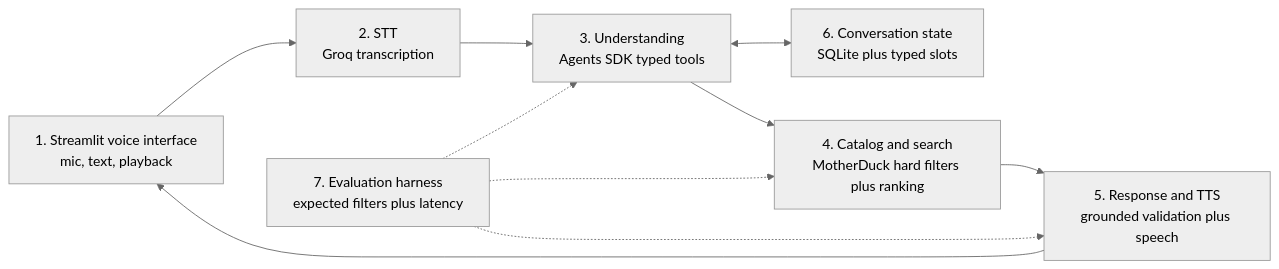
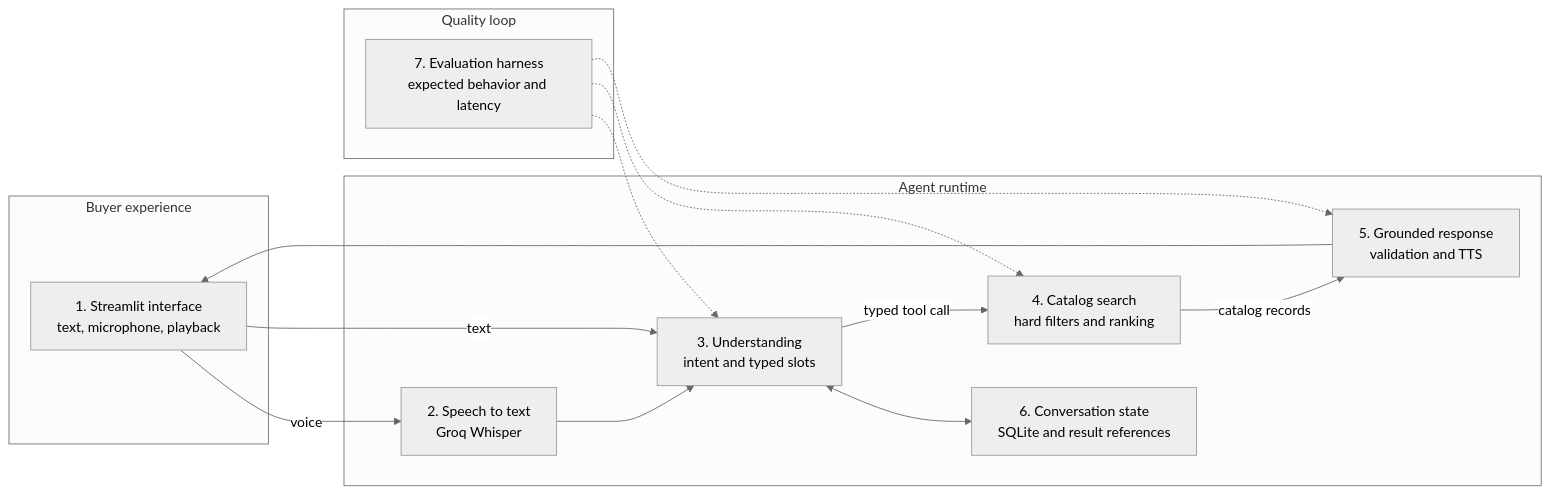
Before and after one commit to KayvanShah1/conversational-commercial-vehicle-search: the first of 2 diagrams in README.md, drawn with Mermaid (neutral theme). The commit also changed other lines of this file and 7 other files, not shown here.

````diff
--- a/README.md
+++ b/README.md
@@ -75,12 +76,27 @@
 ```mermaid
 flowchart LR
-    UI["1. Streamlit voice interface\nmic, text, playback"] --> STT["2. STT\nGroq transcription"]
-    STT --> UNDERSTAND["3. Understanding\nAgents SDK typed tools"]
-    UNDERSTAND <--> STATE["6. Conversation state\nSQLite plus typed slots"]
-    UNDERSTAND --> SEARCH["4. Catalog and search\nMotherDuck hard filters plus ranking"]
-    SEARCH --> RESPONSE["5. Response and TTS\ngrounded validation plus speech"]
-    RESPONSE --> UI
-    EVAL["7. Evaluation harness\nexpected filters plus latency"] -.-> UNDERSTAND
+    subgraph EXPERIENCE["Buyer experience"]
+        UI["1. Streamlit interface<br/>text, microphone, playback"]
+    end
+
+    subgraph AGENT["Agent runtime"]
+        STT["2. Speech to text<br/>Groq Whisper"]
+        UNDERSTAND["3. Understanding<br/>intent and typed slots"]
+        SEARCH["4. Catalog search<br/>hard filters and ranking"]
+        RESPONSE["5. Grounded response<br/>validation and TTS"]
+        STATE["6. Conversation state<br/>SQLite and result references"]
+    end
+
+    subgraph QUALITY["Quality loop"]
+        EVAL["7. Evaluation harness<br/>expected behavior and latency"]
+    end
+
+    UI -->|voice| STT --> UNDERSTAND
+    UI -->|text| UNDERSTAND
+    UNDERSTAND <--> STATE
+    UNDERSTAND -->|typed tool call| SEARCH
+    SEARCH -->|catalog records| RESPONSE --> UI
+    EVAL -.-> UNDERSTAND
     EVAL -.-> SEARCH
     EVAL -.-> RESPONSE
 ```
````
